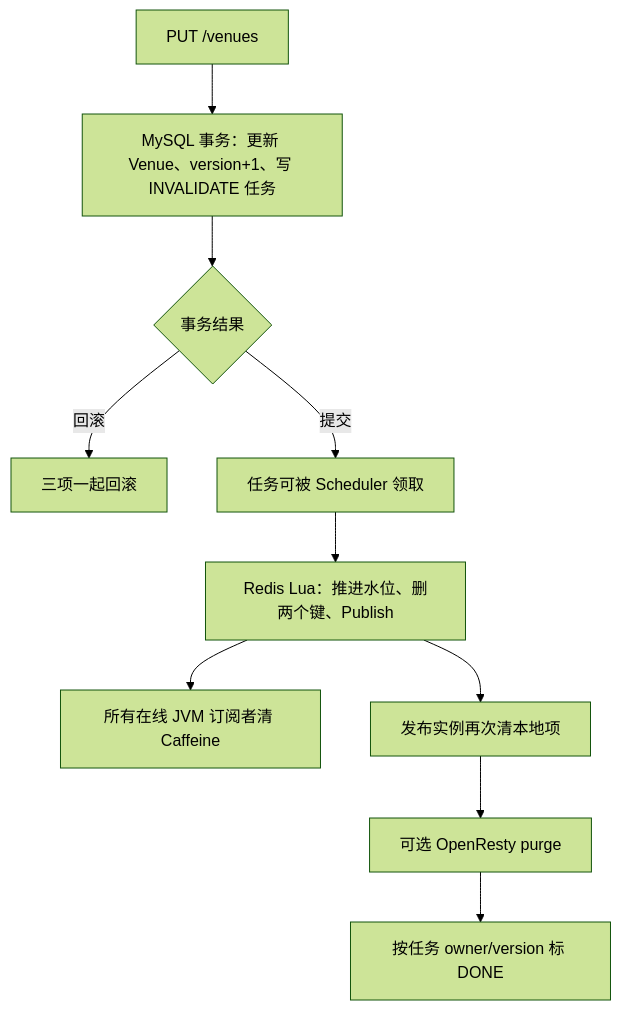
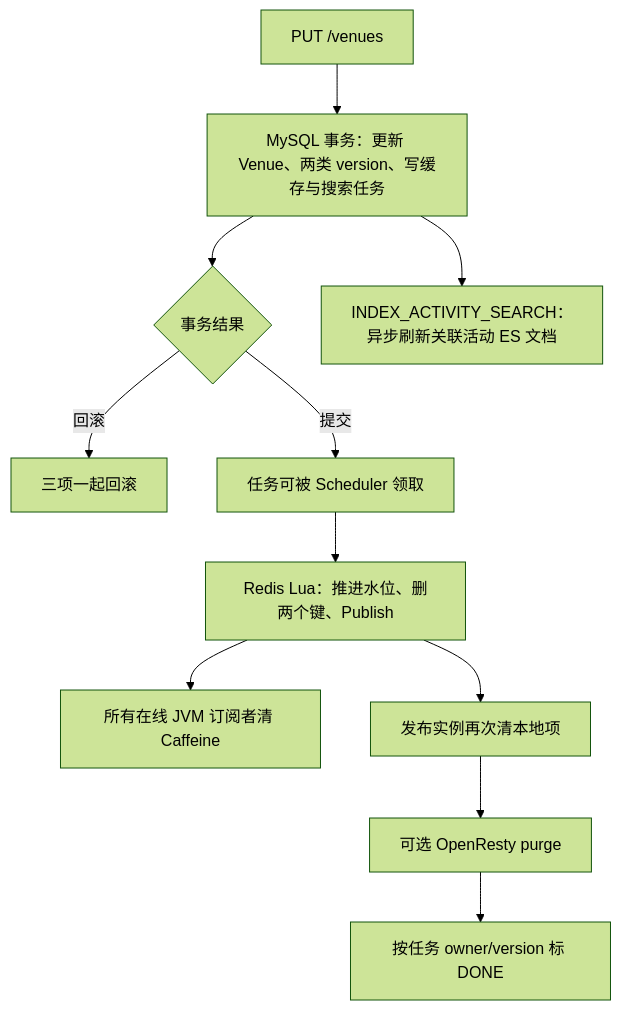
Before and after one commit to SyH-101/citypass-platform: the tenth of 13 diagrams in 04-最终一致性与缓存治理.md, drawn with Mermaid (forest theme). The commit also changed other lines of this file and 54 other files, not shown here.

Commit message:
feat: add activity search and index governance

````diff
--- a/04-最终一致性与缓存治理.md
+++ b/04-最终一致性与缓存治理.md
@@ -905,12 +908,13 @@
 ```mermaid
 flowchart TD
-    A["PUT /venues"] --> B["MySQL 事务：更新 Venue、version+1、写 INVALIDATE 任务"]
+    A["PUT /venues"] --> B["MySQL 事务：更新 Venue、两类 version、写缓存与搜索任务"]
     B --> C{"事务结果"}
     C -->|回滚| D["三项一起回滚"]
     C -->|提交| E["任务可被 Scheduler 领取"]
     E --> F["Redis Lua：推进水位、删两个键、Publish"]
     F --> G["所有在线 JVM 订阅者清 Caffeine"]
     F --> H["发布实例再次清本地项"]
     H --> I["可选 OpenResty purge"]
     I --> J["按任务 owner/version 标 DONE"]
+    B --> K["INDEX_ACTIVITY_SEARCH：异步刷新关联活动 ES 文档"]
 ```
````
